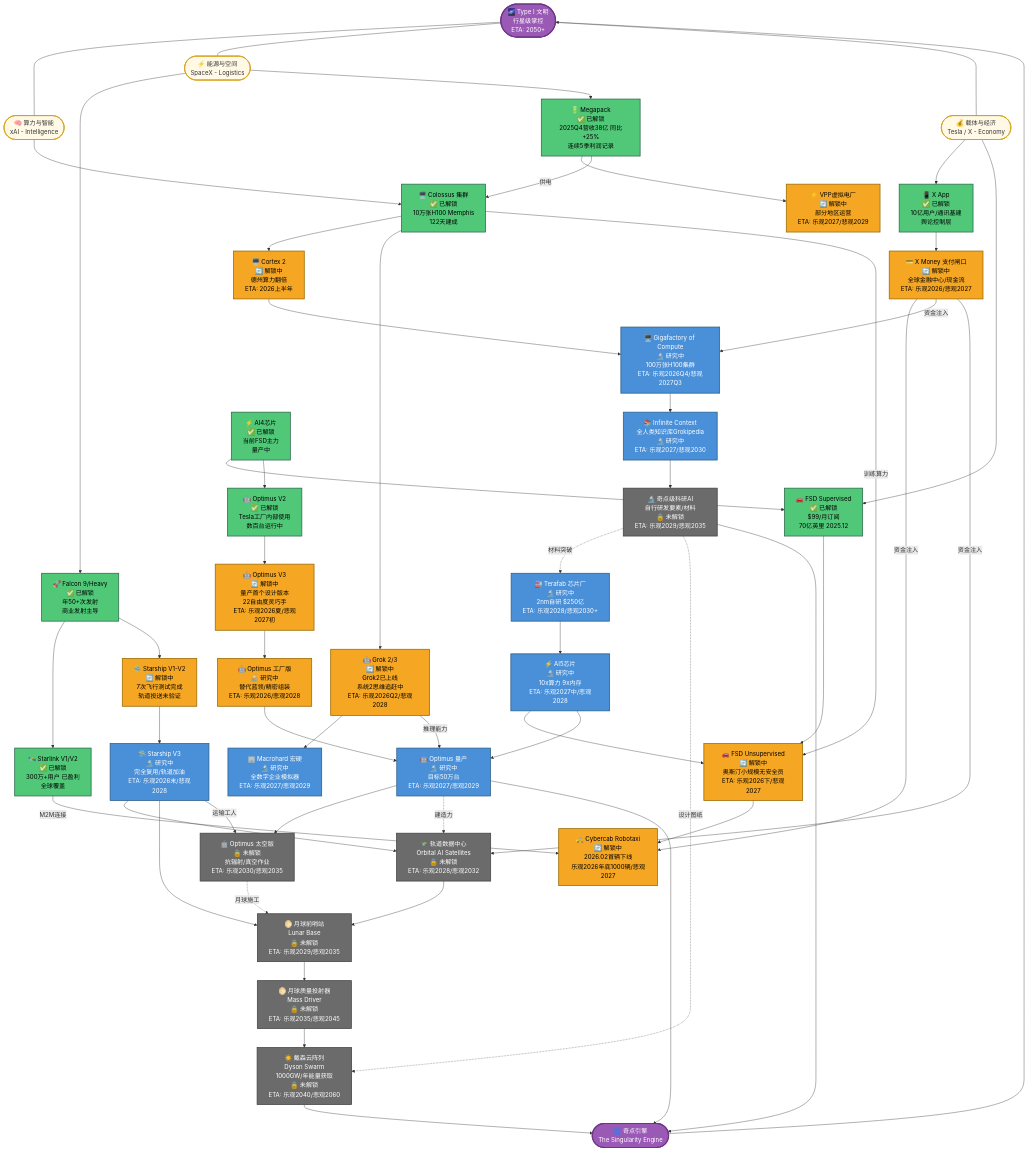
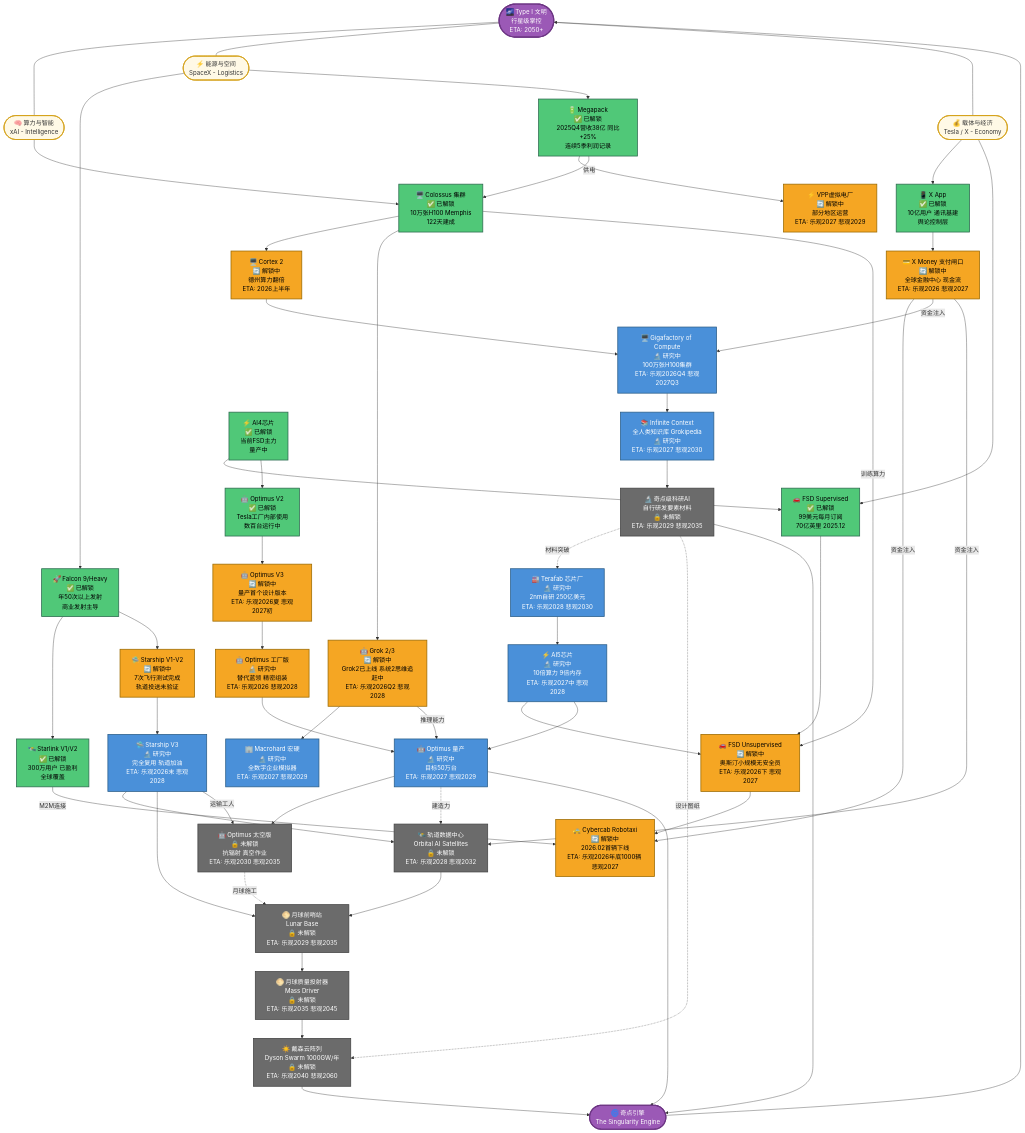
The diagram in content/马斯克宇宙/马斯克宇宙科技树.md (dumpling404/obsidian_note), drawn with Mermaid before and after one commit. The commit also changed other lines of this file and 1 other file, not shown here.

Commit message:
sync notes

````diff
--- a/content/马斯克宇宙/马斯克宇宙科技树.md
+++ b/content/马斯克宇宙/马斯克宇宙科技树.md
@@ -27,9 +27,6 @@
 ```mermaid
 graph TD
-    %% ========== 终局 ==========
     TYPEONE(["🌌 Type I 文明<br/>行星级掌控<br/>ETA: 2050+"])
-
-    %% ========== 三条主线 ==========
     INTEL(["🧠 算力与智能<br/>xAI - Intelligence"])
     ENERGY(["⚡ 能源与空间<br/>SpaceX - Logistics"])
     ECON(["💰 载体与经济<br/>Tesla / X - Economy"])
@@ -38,14 +35,13 @@
     TYPEONE --- ENERGY
     TYPEONE --- ECON
 
-    %% ========== 算力与智能主线 ==========
     COLOSSUS["🖥️ Colossus 集群<br/>✅ 已解锁<br/>10万张H100 Memphis<br/>122天建成"]
     CORTEX2["🖥️ Cortex 2<br/>🔄 解锁中<br/>德州算力翻倍<br/>ETA: 2026上半年"]
-    GIGA_COMPUTE["🖥️ Gigafactory of Compute<br/>🔬 研究中<br/>100万张H100集群<br/>ETA: 乐观2026Q4/悲观2027Q3"]
-    GROK23["🤖 Grok 2/3<br/>🔄 解锁中<br/>Grok2已上线<br/>系统2思维追赶中<br/>ETA: 乐观2026Q2/悲观2028"]
-    MACROHARD["🏢 Macrohard 宏硬<br/>🔬 研究中<br/>全数字企业模拟器<br/>ETA: 乐观2027/悲观2029"]
-    INF_CTX["📚 Infinite Context<br/>全人类知识库Grokipedia<br/>🔬 研究中<br/>ETA: 乐观2027/悲观2030"]
-    SINGULARITY_AI["🔬 奇点级科研AI<br/>自行研发要素/材料<br/>🔒 未解锁<br/>ETA: 乐观2029/悲观2035"]
+    GIGA_COMPUTE["🖥️ Gigafactory of Compute<br/>🔬 研究中<br/>100万张H100集群<br/>ETA: 乐观2026Q4 悲观2027Q3"]
+    GROK23["🤖 Grok 2/3<br/>🔄 解锁中<br/>Grok2已上线 系统2思维追赶中<br/>ETA: 乐观2026Q2 悲观2028"]
+    MACROHARD["🏢 Macrohard 宏硬<br/>🔬 研究中<br/>全数字企业模拟器<br/>ETA: 乐观2027 悲观2029"]
+    INF_CTX["📚 Infinite Context<br/>全人类知识库 Grokipedia<br/>🔬 研究中<br/>ETA: 乐观2027 悲观2030"]
+    SINGULARITY_AI["🔬 奇点级科研AI<br/>自行研发要素材料<br/>🔒 未解锁<br/>ETA: 乐观2029 悲观2035"]
 
     INTEL --> COLOSSUS
     COLOSSUS --> CORTEX2
@@ -55,17 +51,16 @@
     GIGA_COMPUTE --> INF_CTX
     INF_CTX --> SINGULARITY_AI
 
-    %% ========== 能源与空间主线 ==========
-    FALCON["🚀 Falcon 9/Heavy<br/>✅ 已解锁<br/>年50+次发射<br/>商业发射主导"]
+    FALCON["🚀 Falcon 9/Heavy<br/>✅ 已解锁<br/>年50次以上发射<br/>商业发射主导"]
     STARSHIP_V2["🛸 Starship V1-V2<br/>🔄 解锁中<br/>7次飞行测试完成<br/>轨道投送未验证"]
-    STARSHIP_V3["🛸 Starship V3<br/>🔬 研究中<br/>完全复用/轨道加油<br/>ETA: 乐观2026末/悲观2028"]
-    ORBITAL_DC["🛰️ 轨道数据中心<br/>Orbital AI Satellites<br/>🔒 未解锁<br/>ETA: 乐观2028/悲观2032"]
-    LUNAR_BASE["🌕 月球前哨站<br/>Lunar Base<br/>🔒 未解锁<br/>ETA: 乐观2029/悲观2035"]
-    MASS_DRIVER["🌕 月球质量投射器<br/>Mass Driver<br/>🔒 未解锁<br/>ETA: 乐观2035/悲观2045"]
-    DYSON["☀️ 戴森云阵列<br/>Dyson Swarm<br/>1000GW/年能量获取<br/>🔒 未解锁<br/>ETA: 乐观2040/悲观2060"]
+    STARSHIP_V3["🛸 Starship V3<br/>🔬 研究中<br/>完全复用 轨道加油<br/>ETA: 乐观2026末 悲观2028"]
+    ORBITAL_DC["🛰️ 轨道数据中心<br/>Orbital AI Satellites<br/>🔒 未解锁<br/>ETA: 乐观2028 悲观2032"]
+    LUNAR_BASE["🌕 月球前哨站<br/>Lunar Base<br/>🔒 未解锁<br/>ETA: 乐观2029 悲观2035"]
+    MASS_DRIVER["🌕 月球质量投射器<br/>Mass Driver<br/>🔒 未解锁<br/>ETA: 乐观2035 悲观2045"]
+    DYSON["☀️ 戴森云阵列<br/>Dyson Swarm 1000GW/年<br/>🔒 未解锁<br/>ETA: 乐观2040 悲观2060"]
     MEGAPACK["🔋 Megapack<br/>✅ 已解锁<br/>2025Q4营收38亿 同比+25%<br/>连续5季利润记录"]
-    VPP["⚡ VPP虚拟电厂<br/>🔄 解锁中<br/>部分地区运营<br/>ETA: 乐观2027/悲观2029"]
-    STARLINK["🛰️ Starlink V1/V2<br/>✅ 已解锁<br/>300万+用户 已盈利<br/>全球覆盖"]
+    VPP["⚡ VPP虚拟电厂<br/>🔄 解锁中<br/>部分地区运营<br/>ETA: 乐观2027 悲观2029"]
+    STARLINK["🛰️ Starlink V1/V2<br/>✅ 已解锁<br/>300万用户 已盈利<br/>全球覆盖"]
 
     ENERGY --> FALCON
     ENERGY --> MEGAPACK
@@ -79,20 +74,19 @@
     LUNAR_BASE --> MASS_DRIVER
     MASS_DRIVER --> DYSON
 
-    %% ========== 载体与经济主线 ==========
-    X_APP["📱 X App<br/>✅ 已解锁<br/>10亿用户/通讯基建<br/>舆论控制层"]
-    X_MONEY["💳 X Money 支付闸口<br/>🔄 解锁中<br/>全球金融中心/现金流<br/>ETA: 乐观2026/悲观2027"]
-    FSD_SUP["🚗 FSD Supervised<br/>✅ 已解锁<br/>$99/月订阅<br/>70亿英里 2025.12"]
-    FSD_UNS["🚗 FSD Unsupervised<br/>🔄 解锁中<br/>奥斯汀小规模无安全员<br/>ETA: 乐观2026下/悲观2027"]
-    CYBERCAB["🚕 Cybercab Robotaxi<br/>🔄 解锁中<br/>2026.02首辆下线<br/>乐观2026年底1000辆/悲观2027"]
+    X_APP["📱 X App<br/>✅ 已解锁<br/>10亿用户 通讯基建<br/>舆论控制层"]
+    X_MONEY["💳 X Money 支付闸口<br/>🔄 解锁中<br/>全球金融中心 现金流<br/>ETA: 乐观2026 悲观2027"]
+    FSD_SUP["🚗 FSD Supervised<br/>✅ 已解锁<br/>99美元每月订阅<br/>70亿英里 2025.12"]
+    FSD_UNS["🚗 FSD Unsupervised<br/>🔄 解锁中<br/>奥斯汀小规模无安全员<br/>ETA: 乐观2026下 悲观2027"]
+    CYBERCAB["🚕 Cybercab Robotaxi<br/>🔄 解锁中<br/>2026.02首辆下线<br/>ETA: 乐观2026年底1000辆 悲观2027"]
     AI4["⚡ AI4芯片<br/>✅ 已解锁<br/>当前FSD主力<br/>量产中"]
-    AI5["⚡ AI5芯片<br/>🔬 研究中<br/>10x算力 9x内存<br/>ETA: 乐观2027中/悲观2028"]
-    TERAFAB["🏭 Terafab 芯片厂<br/>🔬 研究中<br/>2nm自研 $250亿<br/>ETA: 乐观2028/悲观2030+"]
+    AI5["⚡ AI5芯片<br/>🔬 研究中<br/>10倍算力 9倍内存<br/>ETA: 乐观2027中 悲观2028"]
+    TERAFAB["🏭 Terafab 芯片厂<br/>🔬 研究中<br/>2nm自研 250亿美元<br/>ETA: 乐观2028 悲观2030"]
     OPTIMUS_V2["🤖 Optimus V2<br/>✅ 已解锁<br/>Tesla工厂内部使用<br/>数百台运行中"]
-    OPTIMUS_V3["🤖 Optimus V3<br/>🔄 解锁中<br/>量产首个设计版本<br/>22自由度灵巧手<br/>ETA: 乐观2026夏/悲观2027初"]
-    OPTIMUS_FACTORY["🤖 Optimus 工厂版<br/>🔬 研究中<br/>替代蓝领/精密组装<br/>ETA: 乐观2026/悲观2028"]
-    OPTIMUS_MASS["🤖 Optimus 量产<br/>🔬 研究中<br/>目标50万台<br/>ETA: 乐观2027/悲观2029"]
-    OPTIMUS_SPACE["🤖 Optimus 太空版<br/>🔒 未解锁<br/>抗辐射/真空作业<br/>ETA: 乐观2030/悲观2035"]
+    OPTIMUS_V3["🤖 Optimus V3<br/>🔄 解锁中<br/>量产首个设计版本<br/>ETA: 乐观2026夏 悲观2027初"]
+    OPTIMUS_FACTORY["🤖 Optimus 工厂版<br/>🔬 研究中<br/>替代蓝领 精密组装<br/>ETA: 乐观2026 悲观2028"]
+    OPTIMUS_MASS["🤖 Optimus 量产<br/>🔬 研究中<br/>目标50万台<br/>ETA: 乐观2027 悲观2029"]
+    OPTIMUS_SPACE["🤖 Optimus 太空版<br/>🔒 未解锁<br/>抗辐射 真空作业<br/>ETA: 乐观2030 悲观2035"]
 
     ECON --> X_APP
     ECON --> FSD_SUP
@@ -109,7 +103,6 @@
     OPTIMUS_FACTORY --> OPTIMUS_MASS
     OPTIMUS_MASS --> OPTIMUS_SPACE
 
-    %% ========== 跨主线依赖 ==========
     X_MONEY -->|资金注入| CYBERCAB
     X_MONEY -->|资金注入| GIGA_COMPUTE
     X_MONEY -->|资金注入| ORBITAL_DC
@@ -123,14 +116,12 @@
     OPTIMUS_MASS -.->|建造力| ORBITAL_DC
     OPTIMUS_SPACE -.->|月球施工| LUNAR_BASE
 
-    %% ========== 奇点引擎 ==========
     SINGULARITY(["🌀 奇点引擎<br/>The Singularity Engine"])
     SINGULARITY_AI --> SINGULARITY
     DYSON --> SINGULARITY
     OPTIMUS_MASS --> SINGULARITY
     SINGULARITY --> TYPEONE
 
-    %% ========== 样式 ==========
     classDef unlocked fill:#50c878,color:#000,stroke:#2d6a4f,stroke-width:2px
     classDef inprogress fill:#f5a623,color:#000,stroke:#9c6a00,stroke-width:2px
     classDef research fill:#4a90d9,color:#fff,stroke:#2c5f8a,stroke-width:2px
````
